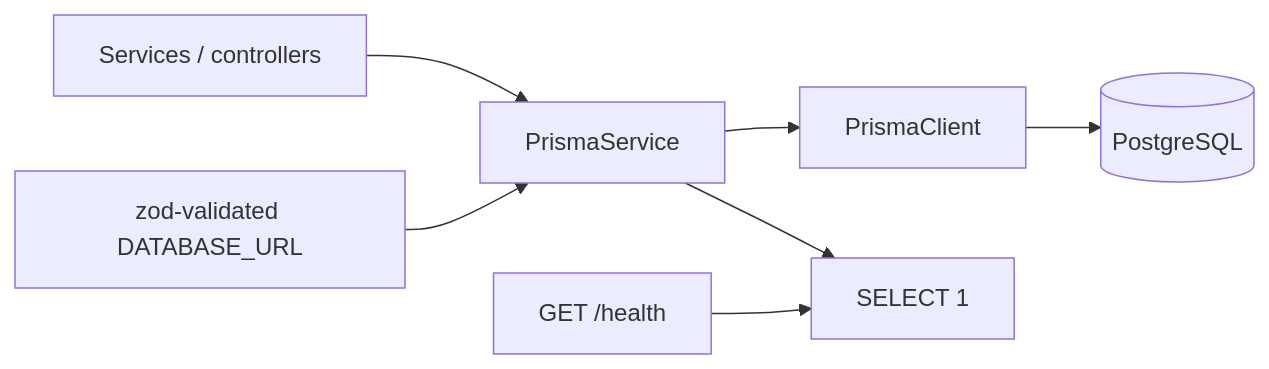
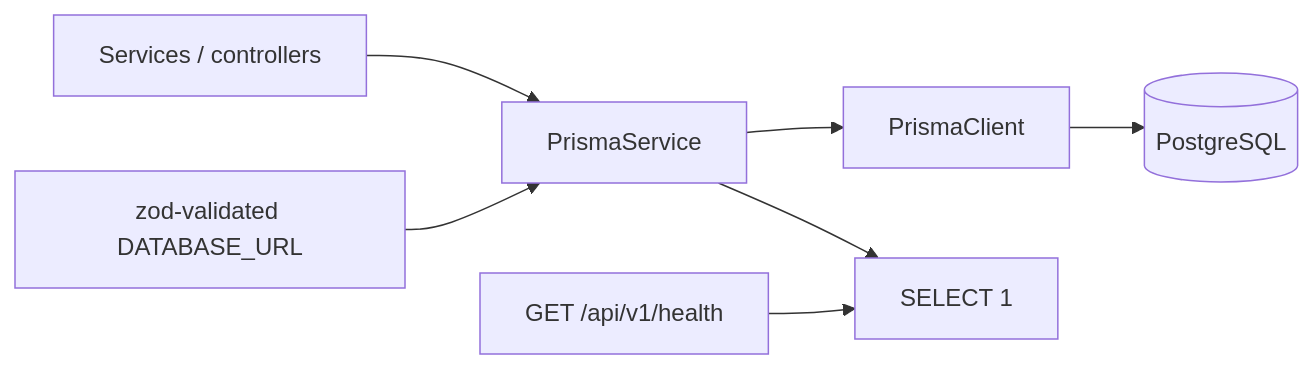
One commit to karun-16/Helpzy changed the third of 3 diagrams in docs/architecture.md. Above: the diagram before and after it, drawn with Mermaid. The commit also changed other lines of this file and 19 other files, not shown here.

````diff
--- a/docs/architecture.md
+++ b/docs/architecture.md
@@ -140,9 +140,9 @@
 ```mermaid
 flowchart LR
   SVC["Services / controllers"] --> PS[PrismaService]
   PS --> PC[PrismaClient]
   PC --> PG[(PostgreSQL)]
-  HEALTH["GET /health"] --> Q["SELECT 1"]
+  HEALTH["GET /api/v1/health"] --> Q["SELECT 1"]
   PS --> Q
   CFG["zod-validated DATABASE_URL"] --> PS
 ```
````
